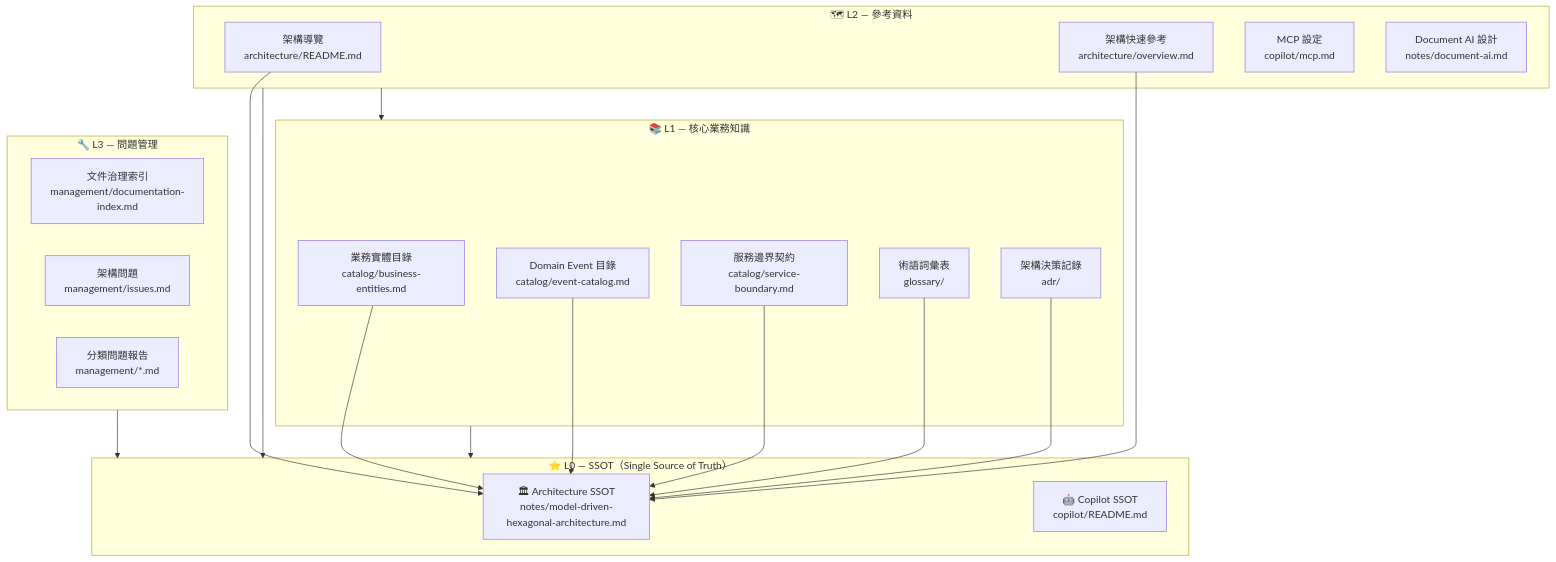
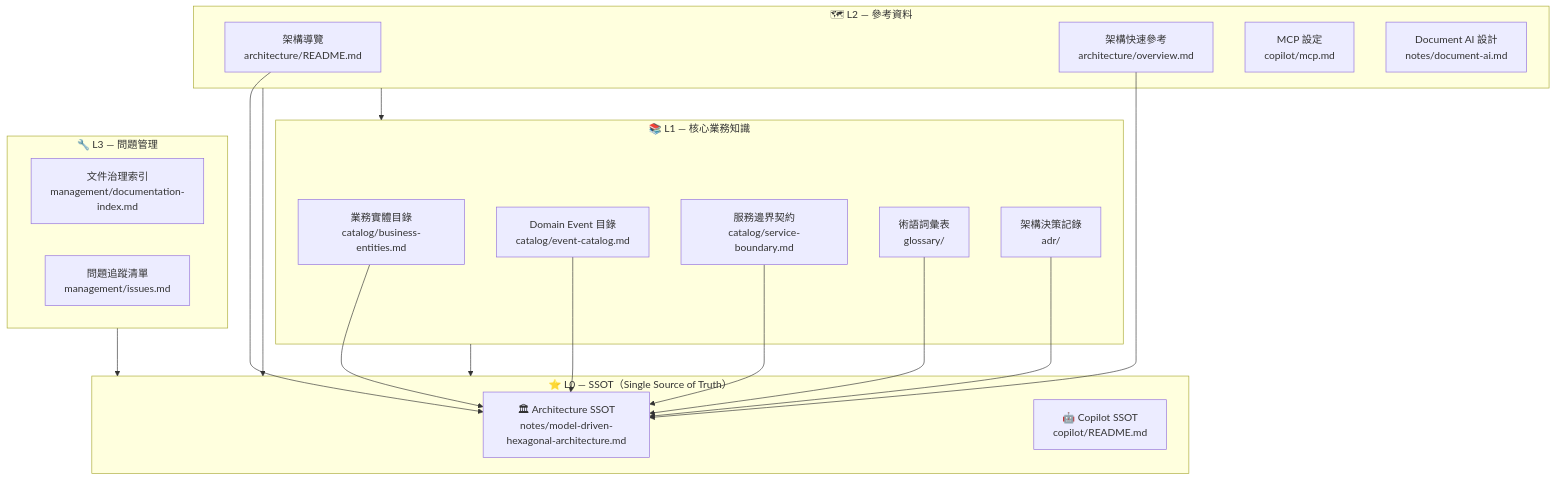
The diagram in docs/README.md (7Spade/xuanwu-platform), drawn with Mermaid before and after one commit. The commit also changed other lines of this file and 20 other files, not shown here.

Commit message:
docs: consolidate issues/glossary, add MDHA Mermaid diagram and Tags metadata

````diff
--- a/docs/README.md
+++ b/docs/README.md
@@ -11,40 +11,39 @@
 ```mermaid
 graph TD
     subgraph L0["⭐ L0 — SSOT（Single Source of Truth）"]
         ARCH["🏛 Architecture SSOT<br/>notes/model-driven-hexagonal-architecture.md"]
         COP["🤖 Copilot SSOT<br/>copilot/README.md"]
     end
 
     subgraph L1["📚 L1 — 核心業務知識"]
         ENT["業務實體目錄<br/>catalog/business-entities.md"]
         EVT["Domain Event 目錄<br/>catalog/event-catalog.md"]
         SVC["服務邊界契約<br/>catalog/service-boundary.md"]
         GLO["術語詞彙表<br/>glossary/"]
         ADR["架構決策記錄<br/>adr/"]
     end
 
     subgraph L2["🗺 L2 — 參考資料"]
         NAV["架構導覽<br/>architecture/README.md"]
         OVW["架構快速參考<br/>architecture/overview.md"]
         MCP["MCP 設定<br/>copilot/mcp.md"]
         DAI["Document AI 設計<br/>notes/document-ai.md"]
     end
 
     subgraph L3["🔧 L3 — 問題管理"]
         GOV["文件治理索引<br/>management/documentation-index.md"]
-        ISS["架構問題<br/>management/issues.md"]
-        CAT["分類問題報告<br/>management/*.md"]
+        ISS["問題追蹤清單<br/>management/issues.md"]
     end
 
     L1 --> L0
     L2 --> L0
     L2 --> L1
     L3 --> L0
     NAV --> ARCH
     OVW --> ARCH
     ENT --> ARCH
     EVT --> ARCH
     SVC --> ARCH
     GLO --> ARCH
     ADR --> ARCH
 ```
````
